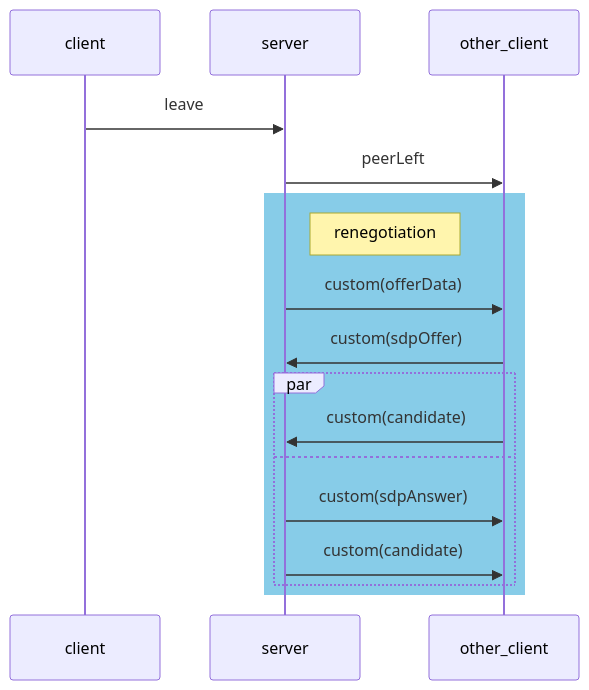
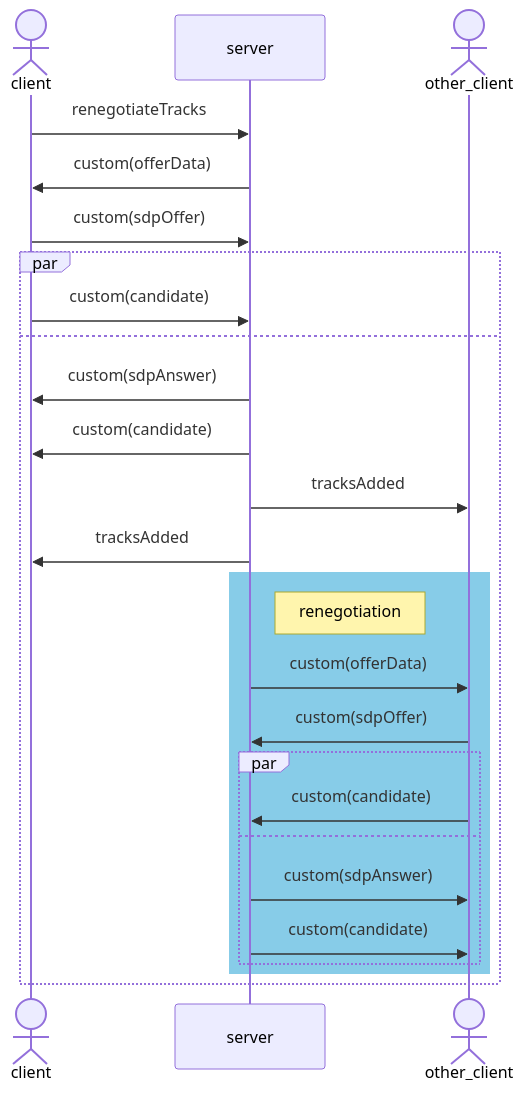
Before and after one commit to fishjam-dev/membrane_rtc_engine: the second of 3 diagrams in internal_docs/protocol.md, drawn with Mermaid.

Commit message:
Refactor `Signaling Protocol`
Use actors, change the order of seq diagrams, don't repeat join actions
in `Adding a track` diagram.

````diff
--- a/internal_docs/protocol.md
+++ b/internal_docs/protocol.md
@@ -14,16 +17,28 @@
 ```mermaid
 sequenceDiagram
-    client->>server: leave
-    server->>other_client: peerLeft
-    rect rgb(135, 204, 232)
-        note right of server: renegotiation
-        server->>other_client: custom(offerData)
-        other_client->>server: custom(sdpOffer)
-        par
-            other_client->>server: custom(candidate)
-        and
-            server->>other_client: custom(sdpAnswer)
-            server->>other_client: custom(candidate)
+    actor client
+    participant server
+    actor other_client
+    client->>server: renegotiateTracks
+    server->>client: custom(offerData)
+    client->>server: custom(sdpOffer)
+    par
+        client->>server: custom(candidate)
+    and
+        server->>client: custom(sdpAnswer)
+        server->>client: custom(candidate)
+        server->>other_client: tracksAdded
+        server->>client: tracksAdded 
+        rect rgb(135, 204, 232)
+            note right of server: renegotiation
+            server->>other_client: custom(offerData)
+            other_client->>server: custom(sdpOffer)
+            par
+                other_client->>server: custom(candidate)
+            and
+                server->>other_client: custom(sdpAnswer)
+                server->>other_client: custom(candidate)
+            end
         end
     end
-```
+```  
````
